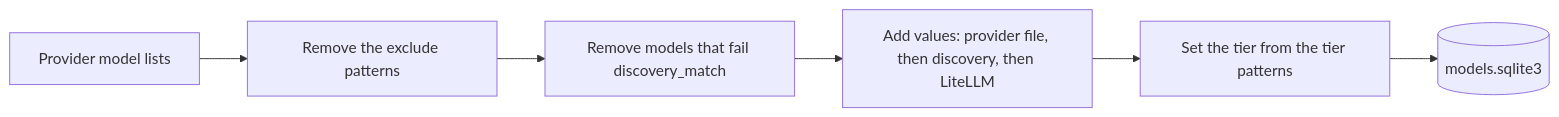
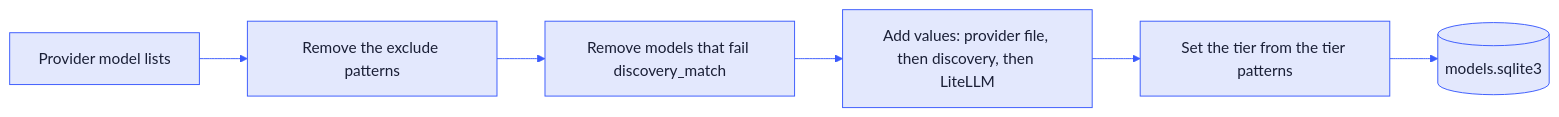
One commit to nemoe7/daedalus changed the diagram in docs/providers.md. Above: the diagram before and after it, drawn with Mermaid. The commit also changed other lines of this file and 6 other files, not shown here.

Commit message:
docs: colour the diagrams, name pools by role and link LiteLLM

````diff
--- a/docs/providers.md
+++ b/docs/providers.md
@@ -31,8 +31,9 @@
 ```mermaid
+%%{init: {"theme": "base", "themeVariables": {"primaryColor": "#e3e8fd", "primaryBorderColor": "#3b5bfd", "primaryTextColor": "#1a1f36", "lineColor": "#3b5bfd", "textColor": "#3b5bfd", "secondaryColor": "#ede9fe", "tertiaryColor": "#f5f3ff", "clusterBkg": "#f5f3ff", "clusterBorder": "#8b5cf6", "titleColor": "#5c388c", "edgeLabelBackground": "#ffffff", "noteBkgColor": "#ede9fe", "noteBorderColor": "#8b5cf6"}}}%%
 flowchart LR
   D[Provider model lists] --> X[Remove the exclude patterns]
   X --> M[Remove models that fail discovery_match]
   M --> V[Add values: provider file, then discovery, then LiteLLM]
   V --> T[Set the tier from the tier patterns]
   T --> S[(models.sqlite3)]
 ```
````
